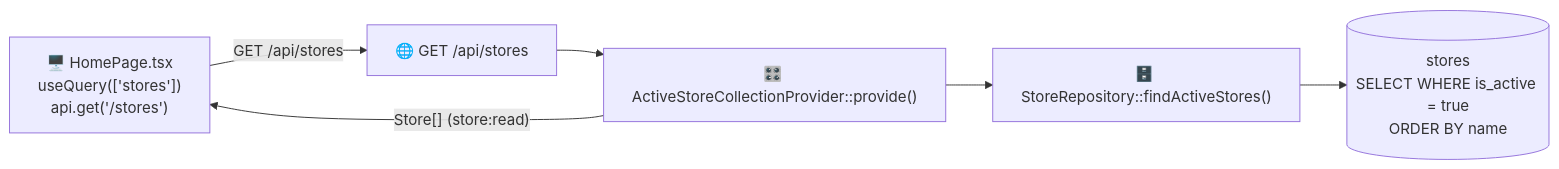
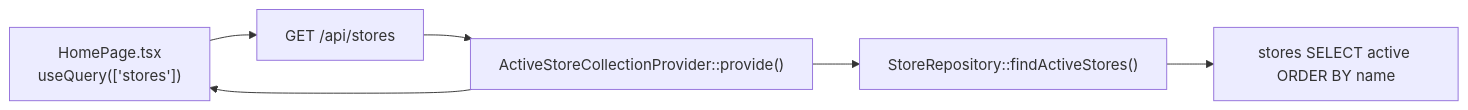
The first of 5 diagrams in architecture/stores-and-branding.md (tedy97123/store), drawn with Mermaid before and after one commit. The commit also changed other lines of this file and 43 other files, not shown here.

````diff
--- a/architecture/stores-and-branding.md
+++ b/architecture/stores-and-branding.md
@@ -20,8 +23,8 @@
 ```mermaid
 flowchart LR
-    hp["🖥️ HomePage.tsx<br/>useQuery(['stores'])<br/>api.get('/stores')"] -->|"GET /api/stores"| rt["🌐 GET /api/stores"]
-    rt --> p["🎛️ ActiveStoreCollectionProvider::provide()"]
-    p --> repo["🗄️ StoreRepository::findActiveStores()"]
-    repo --> db[("stores<br/>SELECT WHERE is_active = true<br/>ORDER BY name")]
-    p -->|"Store[] (store:read)"| hp
+    hp["HomePage.tsx<br/>useQuery(['stores'])"] --> rt["GET /api/stores"]
+    rt --> p["ActiveStoreCollectionProvider::provide()"]
+    p --> repo["StoreRepository::findActiveStores()"]
+    repo --> db["stores SELECT active ORDER BY name"]
+    p --> hp
 ```
````
